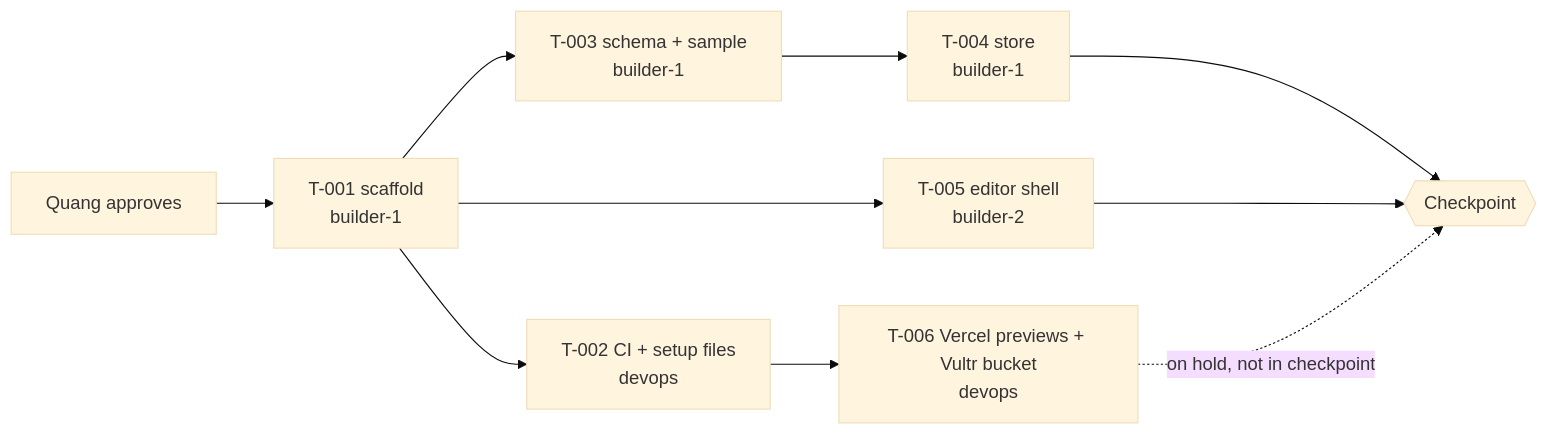
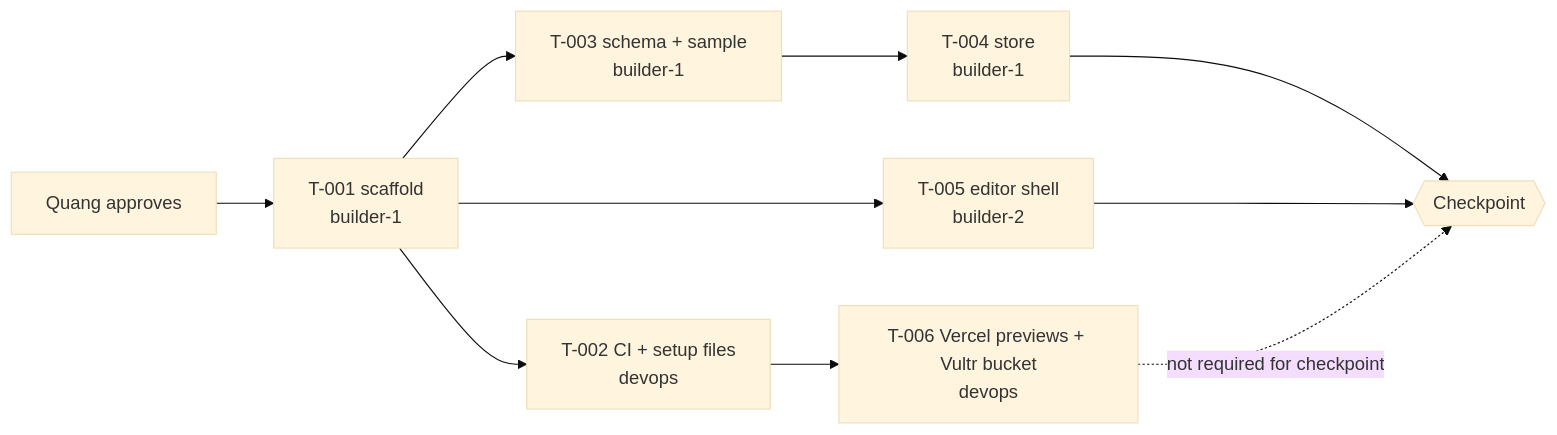
One commit to PegasusXLab/main changed the diagram in plan/sprints/sprint-0.md. Above: the diagram before and after it, drawn with Mermaid (base theme). The commit also changed other lines of this file and 4 other files, not shown here.

````diff
--- a/plan/sprints/sprint-0.md
+++ b/plan/sprints/sprint-0.md
@@ -18,10 +18,10 @@
 ```mermaid
 flowchart LR
   A[Quang approves] --> T001[T-001 scaffold<br/>builder-1]
   T001 --> T003[T-003 schema + sample<br/>builder-1] --> T004[T-004 store<br/>builder-1]
   T001 --> T005[T-005 editor shell<br/>builder-2]
   T001 --> T002[T-002 CI + setup files<br/>devops] --> T006[T-006 Vercel previews + Vultr bucket<br/>devops]
   T004 --> CP{{Checkpoint}}
   T005 --> CP
-  T006 -. on hold, not in checkpoint .-> CP
+  T006 -. not required for checkpoint .-> CP
 ```
````
